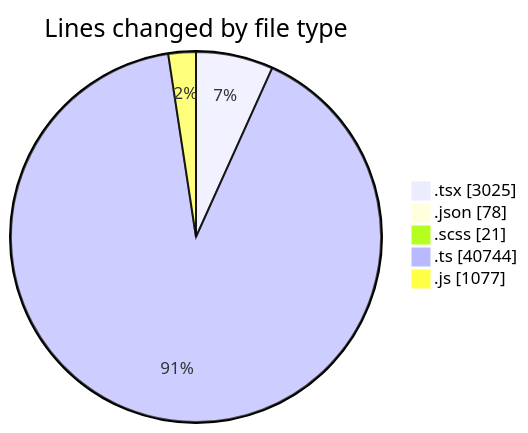
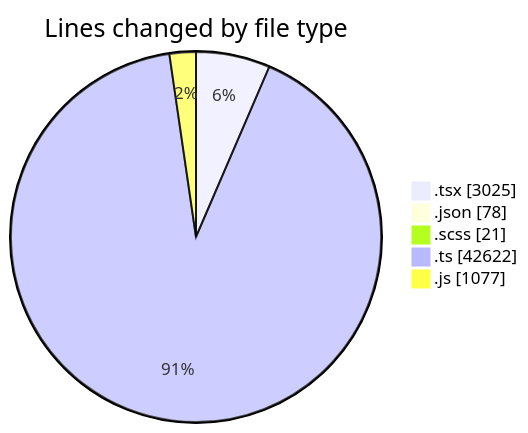
One commit to momahboobian/code-tracking changed the first of 2 diagrams in 2026-09-29/cda/README.md. Above: the diagram before and after it, drawn with Mermaid. The commit also changed other lines of this file and 1 other file, not shown here.

````diff
--- a/2026-09-29/cda/README.md
+++ b/2026-09-29/cda/README.md
@@ -42,9 +43,9 @@
 ```mermaid
 pie showData
 title Lines changed by file type
 ".tsx" : 3025
 ".json" : 78
 ".scss" : 21
-".ts" : 40744
+".ts" : 42622
 ".js" : 1077
 ```
````
